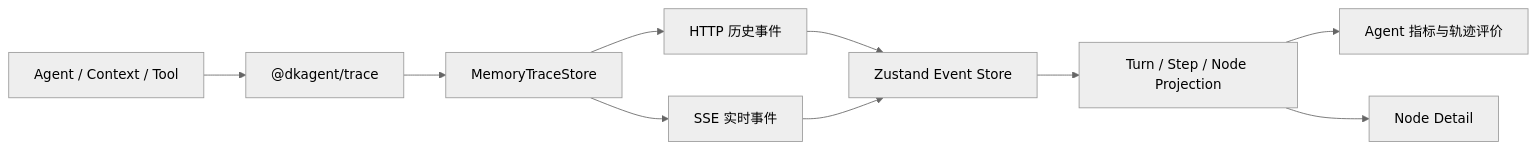
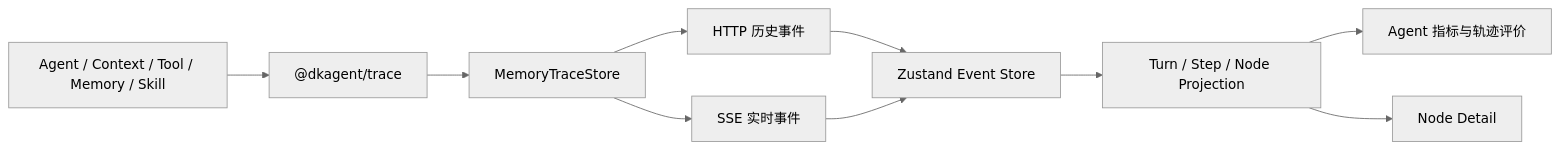
The first of 2 diagrams in packages/web-tap/WEB-TAP.md (xxk156277/DKAgent), drawn with Mermaid (neutral theme) before and after one commit. The commit also changed other lines of this file and 7 other files, not shown here.

Commit message:
feat(web-tap): visualize memory and skill traces

````diff
--- a/packages/web-tap/WEB-TAP.md
+++ b/packages/web-tap/WEB-TAP.md
@@ -29,12 +30,12 @@
 ```mermaid
 flowchart LR
-    A["Agent / Context / Tool"] --> B["@dkagent/trace"]
+    A["Agent / Context / Tool / Memory / Skill"] --> B["@dkagent/trace"]
     B --> C["MemoryTraceStore"]
     C --> D["HTTP 历史事件"]
     C --> E["SSE 实时事件"]
     D --> F["Zustand Event Store"]
     E --> F
     F --> G["Turn / Step / Node Projection"]
     G --> H["Agent 指标与轨迹评价"]
     G --> I["Node Detail"]
 ```
````
